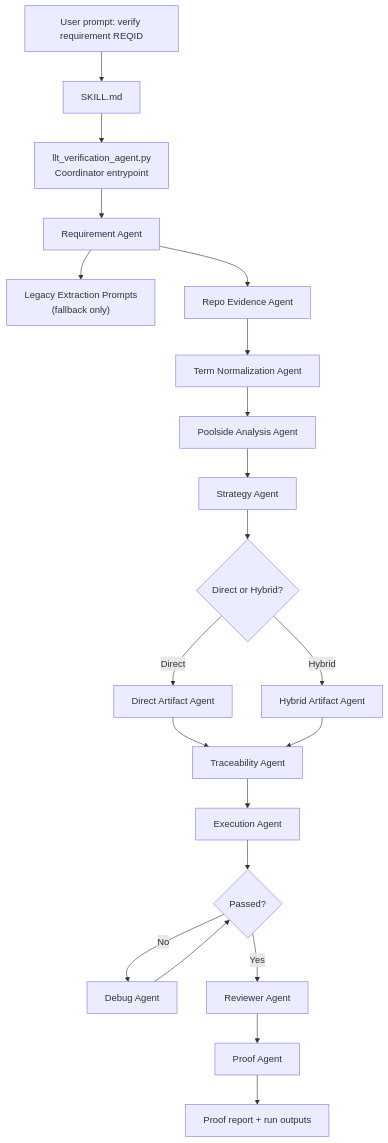
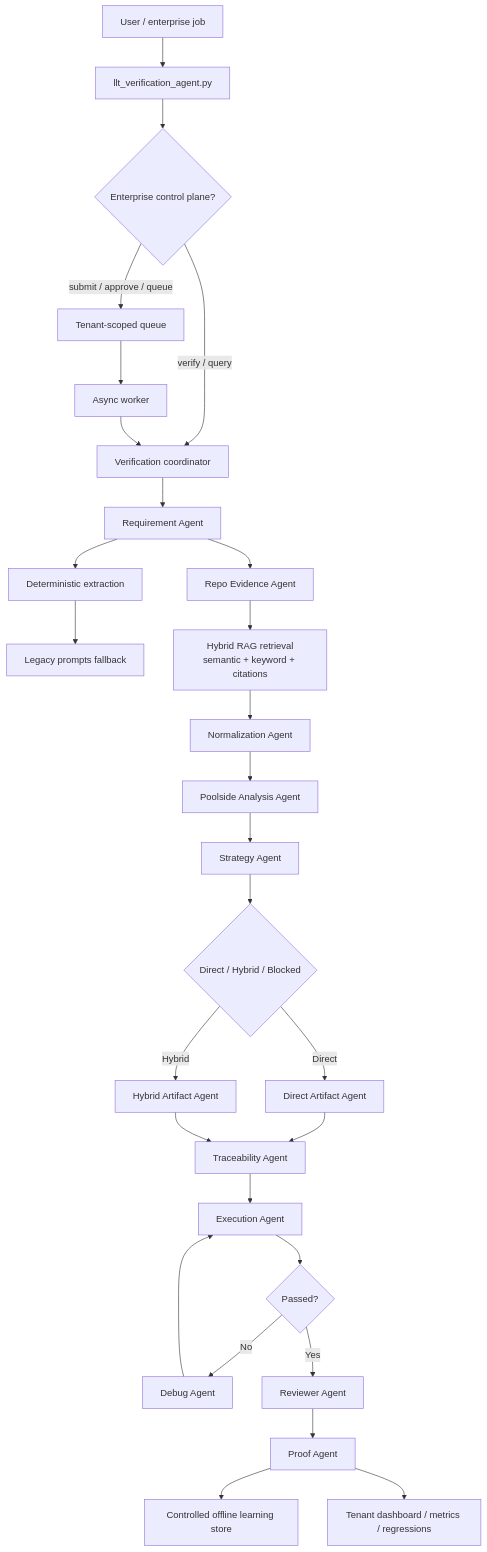
One commit to gogula04/MultiAgent changed the diagram in verification-automation/llt_verification/references/flow.md. Above: the diagram before and after it, drawn with Mermaid. The commit also changed other lines of this file and 41 other files, not shown here.

````diff
--- a/verification-automation/llt_verification/references/flow.md
+++ b/verification-automation/llt_verification/references/flow.md
@@ -13,23 +13,31 @@
 ```mermaid
 flowchart TD
-    U["User prompt: verify requirement REQID"] --> S["SKILL.md"]
-    S --> C["llt_verification_agent.py<br/>Coordinator entrypoint"]
-    C --> R1["Requirement Agent"]
-    R1 --> L["Legacy Extraction Prompts<br/>(fallback only)"]
-    R1 --> R2["Repo Evidence Agent"]
-    R2 --> R3["Term Normalization Agent"]
-    R3 --> R4["Poolside Analysis Agent"]
-    R4 --> R5["Strategy Agent"]
-    R5 --> D{"Direct or Hybrid?"}
+    U["User / enterprise job"] --> CLI["llt_verification_agent.py"]
+    CLI --> CP{"Enterprise control plane?"}
+    CP -->|submit / approve / queue| Q["Tenant-scoped queue"]
+    Q --> W["Async worker"]
+    CP -->|verify / query| ORCH["Verification coordinator"]
+    W --> ORCH
+
+    ORCH --> R["Requirement Agent"]
+    R --> F["Deterministic extraction"]
+    F --> L["Legacy prompts fallback"]
+    R --> E["Repo Evidence Agent"]
+    E --> I["Hybrid RAG retrieval<br/>semantic + keyword + citations"]
+    I --> N["Normalization Agent"]
+    N --> A["Poolside Analysis Agent"]
+    A --> S["Strategy Agent"]
+    S --> D{"Direct / Hybrid / Blocked"}
     D -->|Direct| DA["Direct Artifact Agent"]
     D -->|Hybrid| HA["Hybrid Artifact Agent"]
     DA --> T["Traceability Agent"]
     HA --> T
-    T --> E["Execution Agent"]
-    E --> X{"Passed?"}
-    X -->|No| G["Debug Agent"]
-    G --> X
-    X -->|Yes| V["Reviewer Agent"]
+    T --> X["Execution Agent"]
+    X --> G{"Passed?"}
+    G -->|No| B["Debug Agent"]
+    B --> X
+    G -->|Yes| V["Reviewer Agent"]
     V --> P["Proof Agent"]
-    P --> O["Proof report + run outputs"]
+    P --> LRN["Controlled offline learning store"]
+    P --> DASH["Tenant dashboard / metrics / regressions"]
 ```
````
